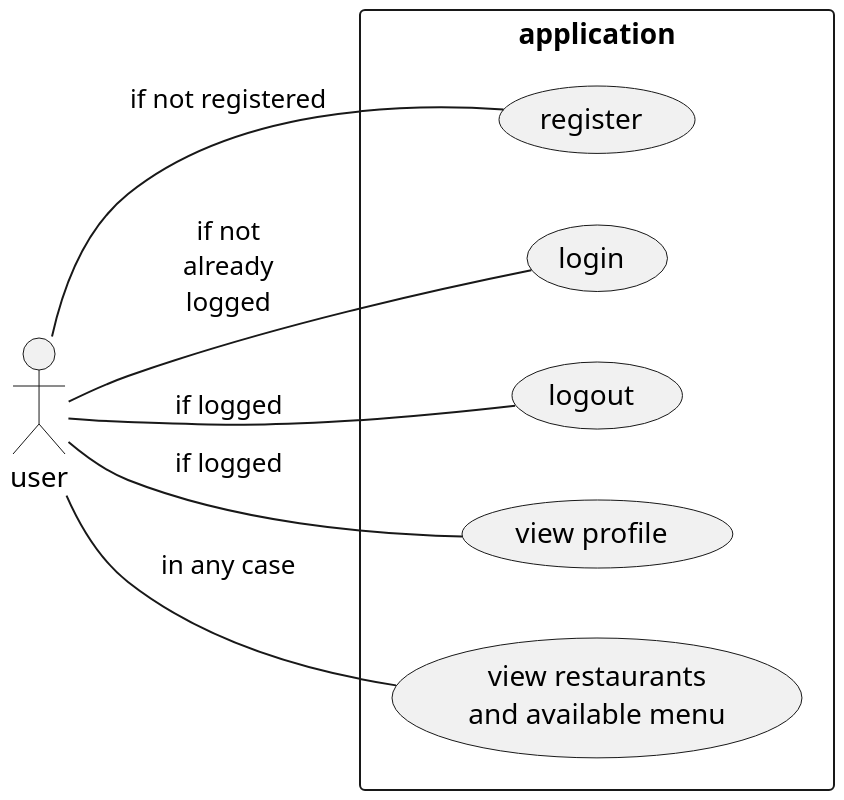
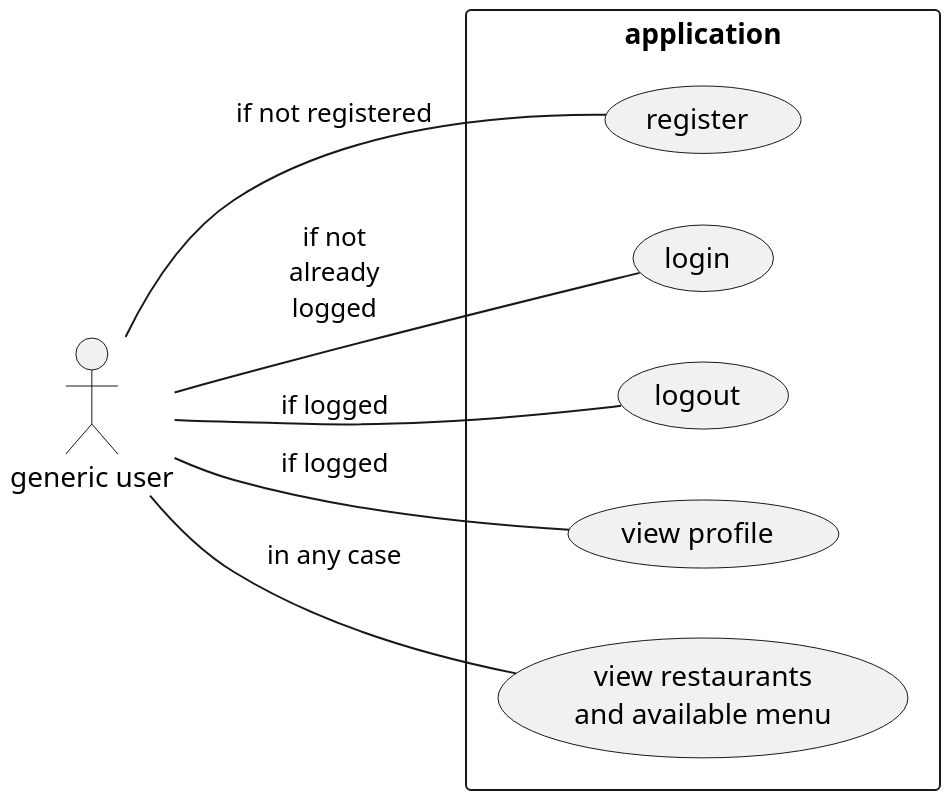
One commit to TommasoScalici/FoodDelivery changed the diagram in src/main/java/unipa/fooddelivery/diagrams/usecases/useraccess.wsd. Above: the diagram before and after it, drawn with PlantUML. The commit also changed 15 other files, not shown here.

Commit message:
Added more use cases diagrams.

```diff
--- a/src/main/java/unipa/fooddelivery/diagrams/usecases/useraccess.wsd
+++ b/src/main/java/unipa/fooddelivery/diagrams/usecases/useraccess.wsd
@@ -1,16 +1,16 @@
 @startuml useraccess
 scale 2
 left to right direction
 skinparam packageStyle rect
 
-actor "user"
+actor "generic user"
 
 rectangle "application" {
-    user -- (register) : if not registered
-    user -- (login) : if not\nalready\nlogged
-    user -- (logout) : if logged
-    user -- (view profile) : if logged
-    user -- (view restaurants\nand available menu) : in any case
+    (generic user) -- (register) : if not registered
+    (generic user) -- (login) : if not\nalready\nlogged
+    (generic user) -- (logout) : if logged
+    (generic user) -- (view profile) : if logged
+    (generic user) -- (view restaurants\nand available menu) : in any case
 }
 
 @enduml
```
